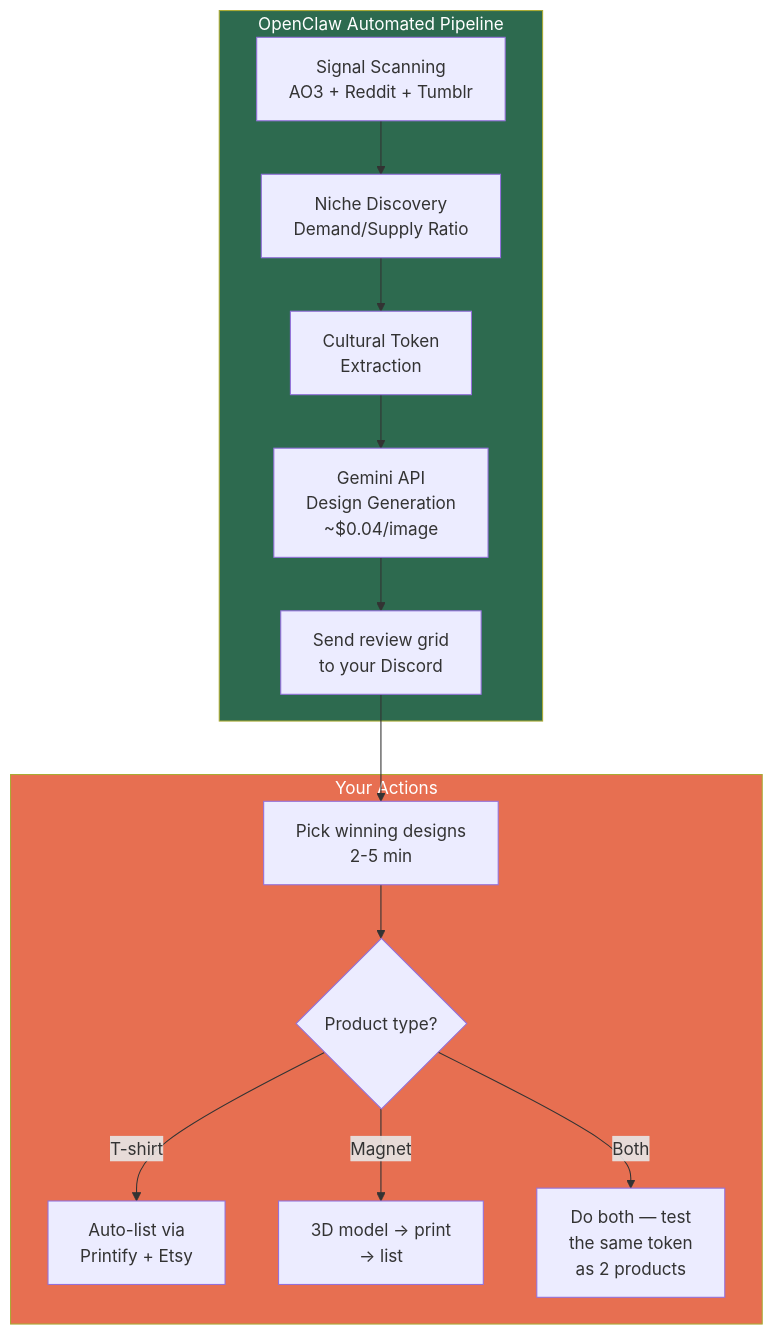
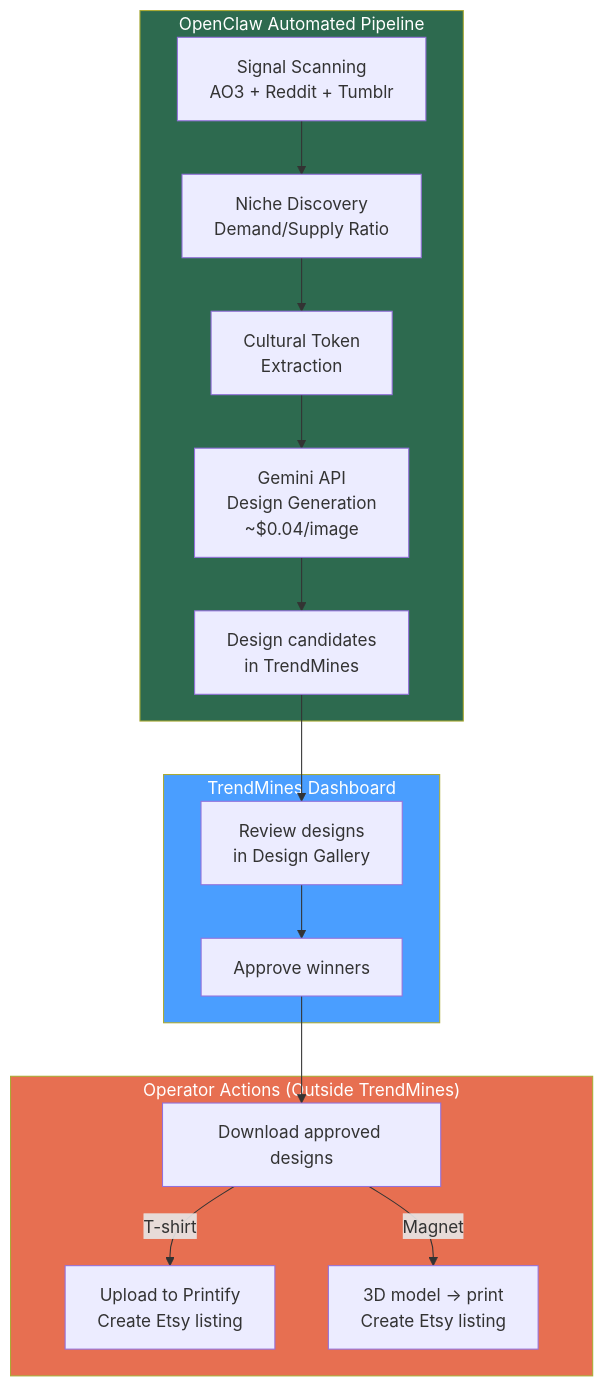
One commit to gonzric1/TrendMines changed the third of 3 diagrams in Docs/nano-banana-automation.md. Above: the diagram before and after it, drawn with Mermaid. The commit also changed other lines of this file and 72 other files, not shown here.

First line of the commit message:
Add dashboard user authentication with Devise (TrendMines-8ki)

````diff
--- a/Docs/nano-banana-automation.md
+++ b/Docs/nano-banana-automation.md
@@ -204,21 +205,26 @@
 ```mermaid
 flowchart TD
     subgraph OPENCLAW["OpenClaw Automated Pipeline"]
         A[Signal Scanning\nAO3 + Reddit + Tumblr] --> B[Niche Discovery\nDemand/Supply Ratio]
         B --> C[Cultural Token\nExtraction]
         C --> D[Gemini API\nDesign Generation\n~$0.04/image]
-        D --> E[Send review grid\nto your Discord]
+        D --> E[Design candidates\nin TrendMines]
     end
 
-    subgraph YOU["Your Actions"]
-        F[Pick winning designs\n2-5 min] --> G{Product type?}
-        G -->|T-shirt| H[Auto-list via\nPrintify + Etsy]
-        G -->|Magnet| I[3D model → print\n→ list]
-        G -->|Both| J[Do both — test\nthe same token\nas 2 products]
+    subgraph TRENDMINES["TrendMines Dashboard"]
+        F[Review designs\nin Design Gallery] --> G[Approve winners]
+    end
+
+    subgraph YOU["Operator Actions (Outside TrendMines)"]
+        H[Download approved designs]
+        H -->|T-shirt| I[Upload to Printify\nCreate Etsy listing]
+        H -->|Magnet| J[3D model → print\nCreate Etsy listing]
     end
 
     E --> F
+    G --> H
 
     style OPENCLAW fill:#2d6a4f,color:#fff
+    style TRENDMINES fill:#4a9eff,color:#fff
     style YOU fill:#e76f51,color:#fff
 ```
````
